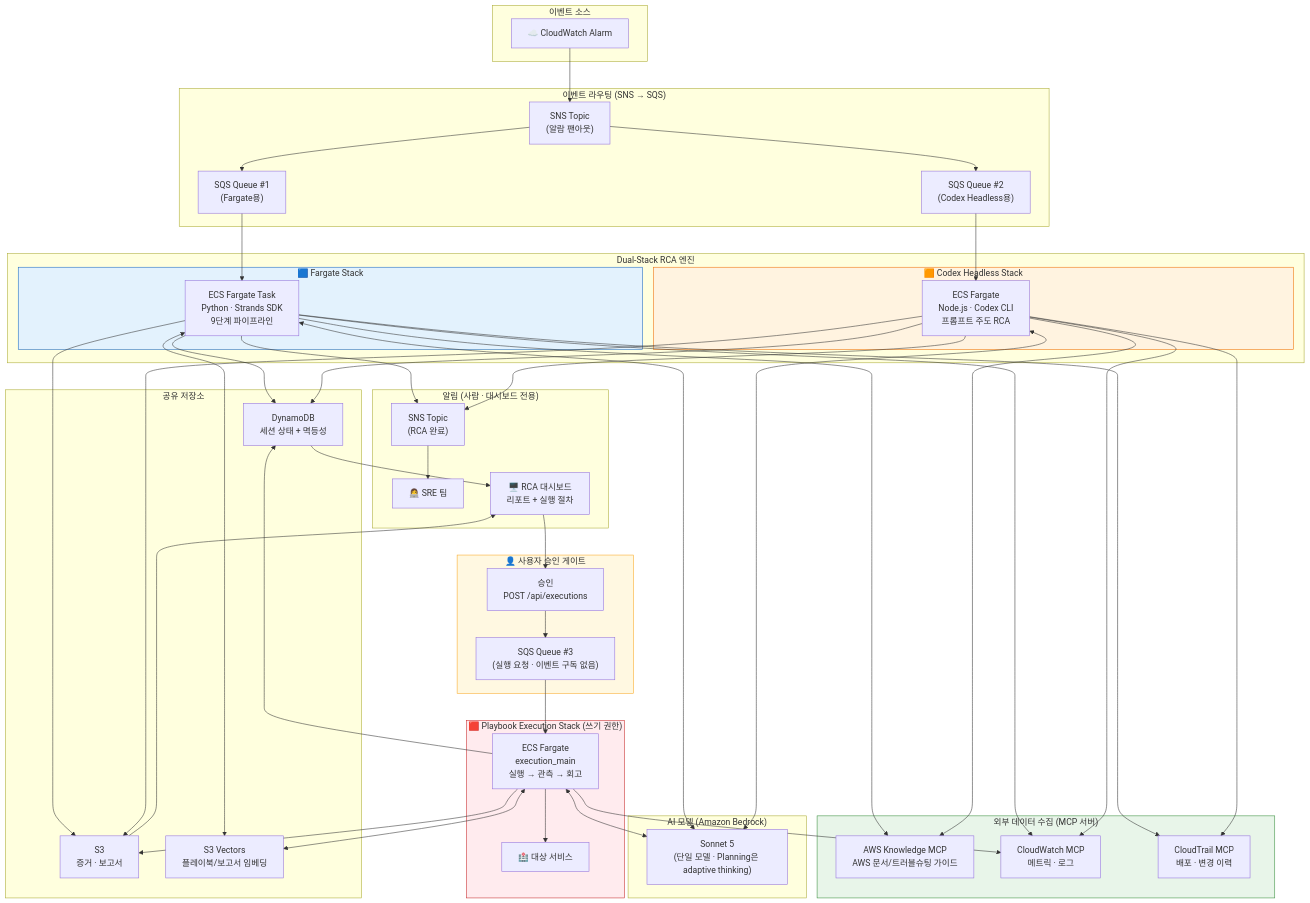
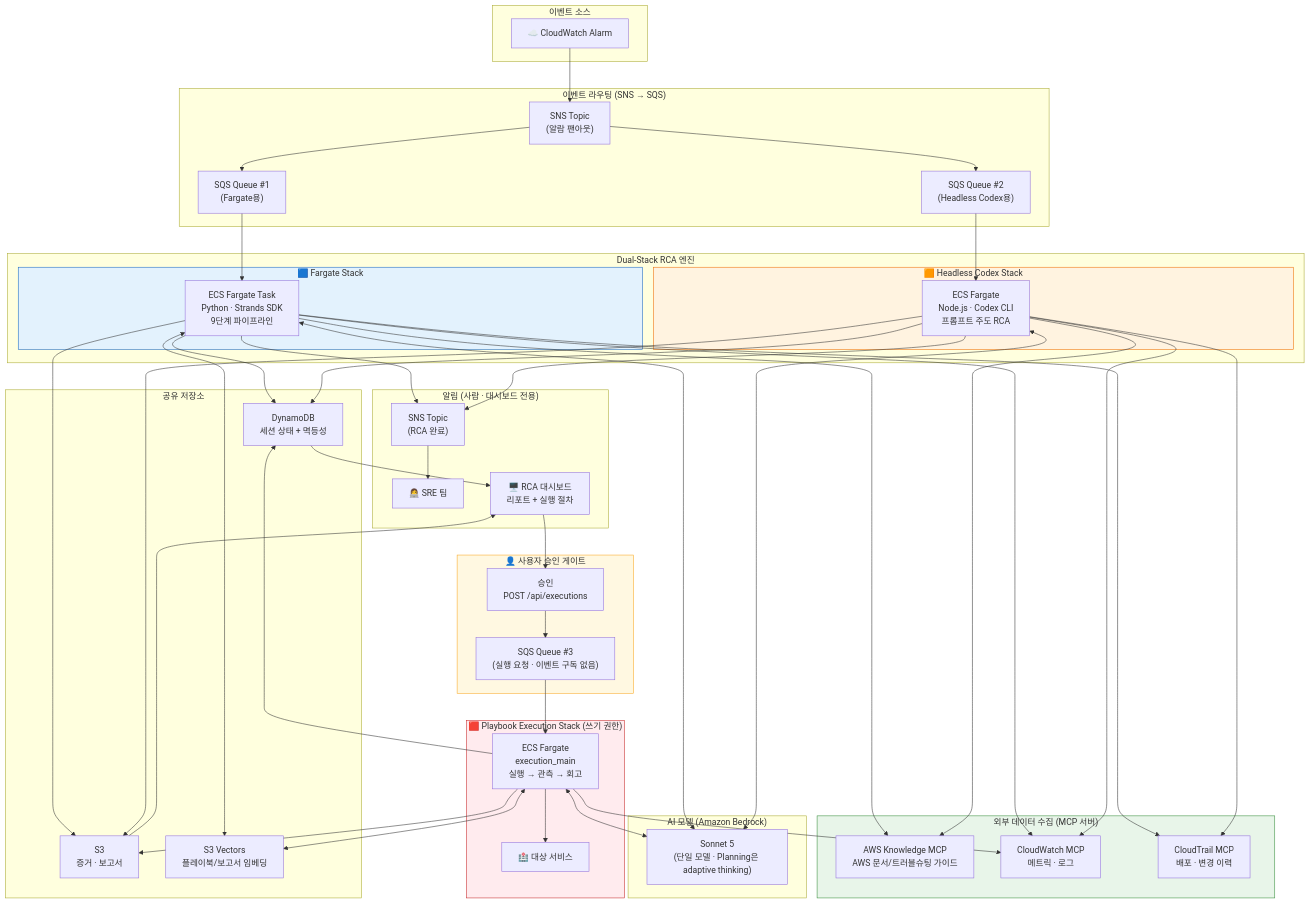
One commit to haandol/rca-agent changed the second of 25 diagrams in docs/system-guide-for-ops.md. Above: the diagram before and after it, drawn with Mermaid. The commit also changed other lines of this file and 300 other files, not shown here.

Commit message:
feat(headless-codex): rename engine and preserve legacy reads

```diff
--- a/docs/system-guide-for-ops.md
+++ b/docs/system-guide-for-ops.md
@@ -60,14 +60,14 @@
     subgraph Routing["이벤트 라우팅 (SNS → SQS)"]
         SNS["SNS Topic<br/>(알람 팬아웃)"]
         SQS_F["SQS Queue #1<br/>(Fargate용)"]
-        SQS_L["SQS Queue #2<br/>(Codex Headless용)"]
+        SQS_L["SQS Queue #2<br/>(Headless Codex용)"]
     end
 
     subgraph DualStack["Dual-Stack RCA 엔진"]
         subgraph FargateStack["🟦 Fargate Stack"]
             ECS["ECS Fargate Task<br/>Python · Strands SDK<br/>9단계 파이프라인"]
         end
-        subgraph CodexHeadlessStack["🟧 Codex Headless Stack"]
+        subgraph HeadlessCodexStack["🟧 Headless Codex Stack"]
             CCFARGATE["ECS Fargate<br/>Node.js · Codex CLI<br/>프롬프트 주도 RCA"]
         end
     end
@@ -141,7 +141,7 @@
     EXEC <--> S3V
 
     style FargateStack fill:#e3f2fd,stroke:#1565c0
-    style CodexHeadlessStack fill:#fff3e0,stroke:#ef6c00
+    style HeadlessCodexStack fill:#fff3e0,stroke:#ef6c00
     style Tools fill:#e8f5e9,stroke:#388e3c
     style Gate fill:#fff8e1,stroke:#f9a825
     style ExecStack fill:#ffebee,stroke:#c62828
```
